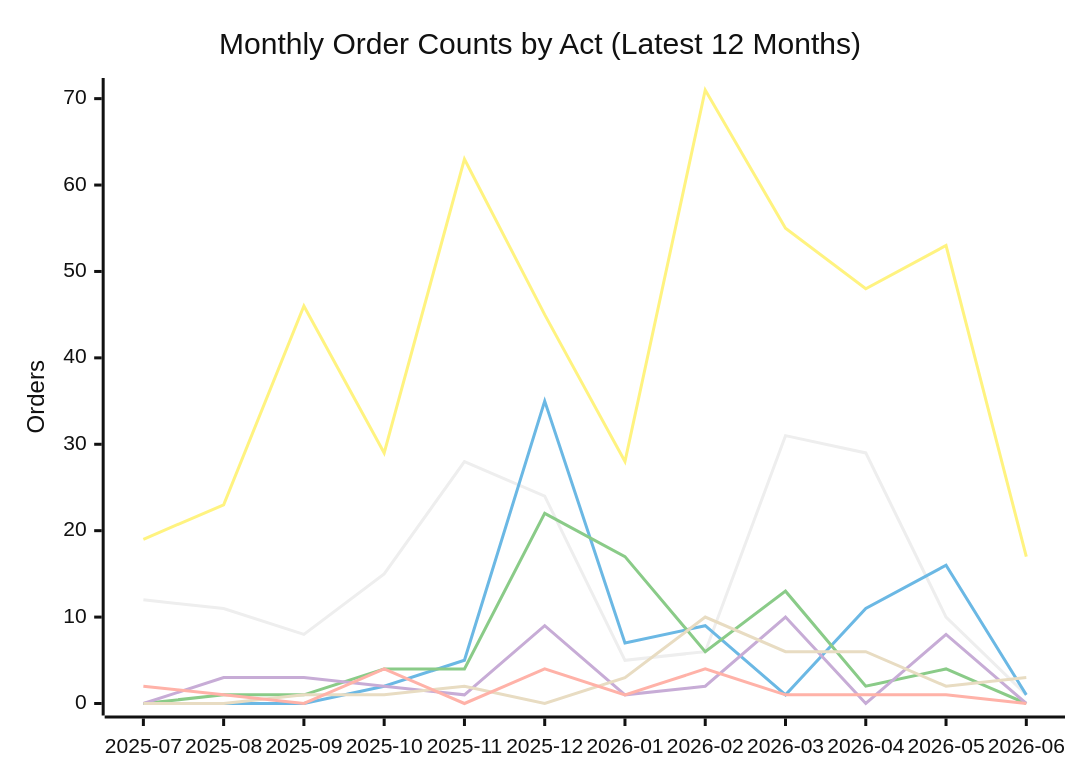
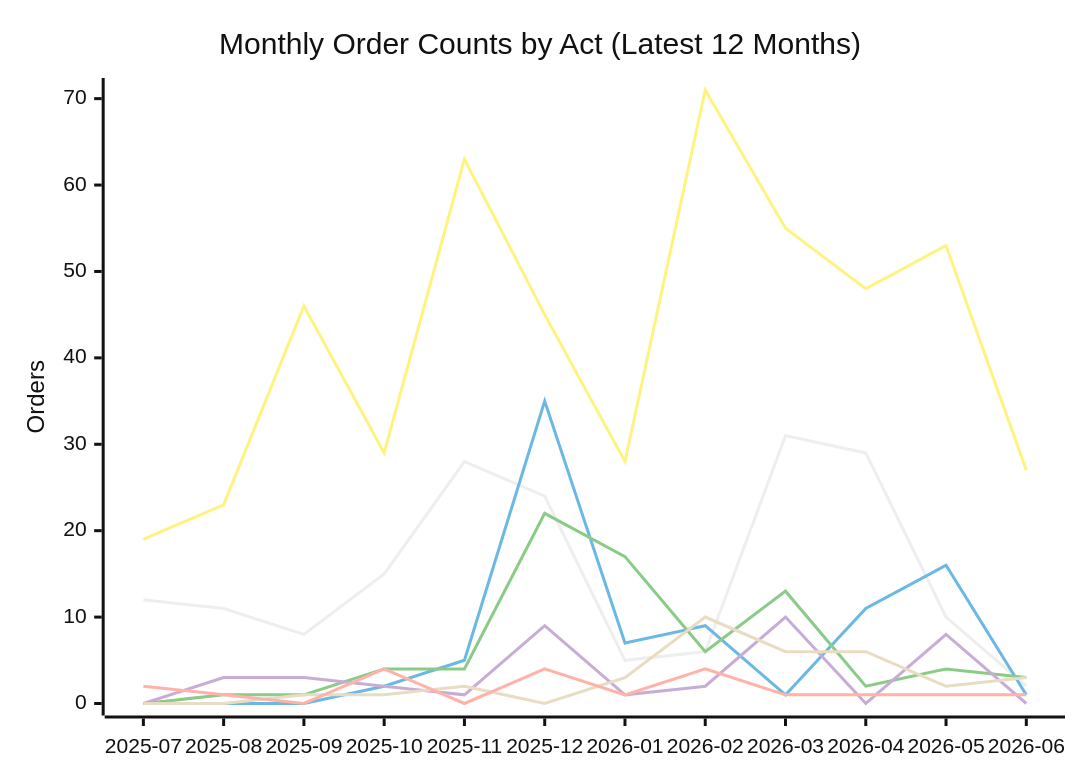
One commit to PatLittle/oic-data changed the second of 2 diagrams in README.md. Above: the diagram before and after it, drawn with Mermaid (neutral theme). The commit also changed other lines of this file and 31 other files, not shown here.

````diff
--- a/README.md
+++ b/README.md
@@ -71,13 +71,13 @@
 ```mermaid
 xychart-beta
     title "Monthly Order Counts by Act (Latest 12 Months)"
     x-axis ["2025-07", "2025-08", "2025-09", "2025-10", "2025-11", "2025-12", "2026-01", "2026-02", "2026-03", "2026-04", "2026-05", "2026-06"]
     y-axis "Orders" 0 --> 71
-    line [12, 11, 8, 15, 28, 24, 5, 6, 31, 29, 10, 1]
+    line [12, 11, 8, 15, 28, 24, 5, 6, 31, 29, 10, 2]
     line [0, 0, 0, 2, 5, 35, 7, 9, 1, 11, 16, 1]
-    line [0, 1, 1, 4, 4, 22, 17, 6, 13, 2, 4, 0]
+    line [0, 1, 1, 4, 4, 22, 17, 6, 13, 2, 4, 3]
     line [0, 3, 3, 2, 1, 9, 1, 2, 10, 0, 8, 0]
     line [0, 0, 1, 1, 2, 0, 3, 10, 6, 6, 2, 3]
-    line [2, 1, 0, 4, 0, 4, 1, 4, 1, 1, 1, 0]
-    line [19, 23, 46, 29, 63, 45, 28, 71, 55, 48, 53, 17]
+    line [2, 1, 0, 4, 0, 4, 1, 4, 1, 1, 1, 1]
+    line [19, 23, 46, 29, 63, 45, 28, 71, 55, 48, 53, 27]
 ```
````
